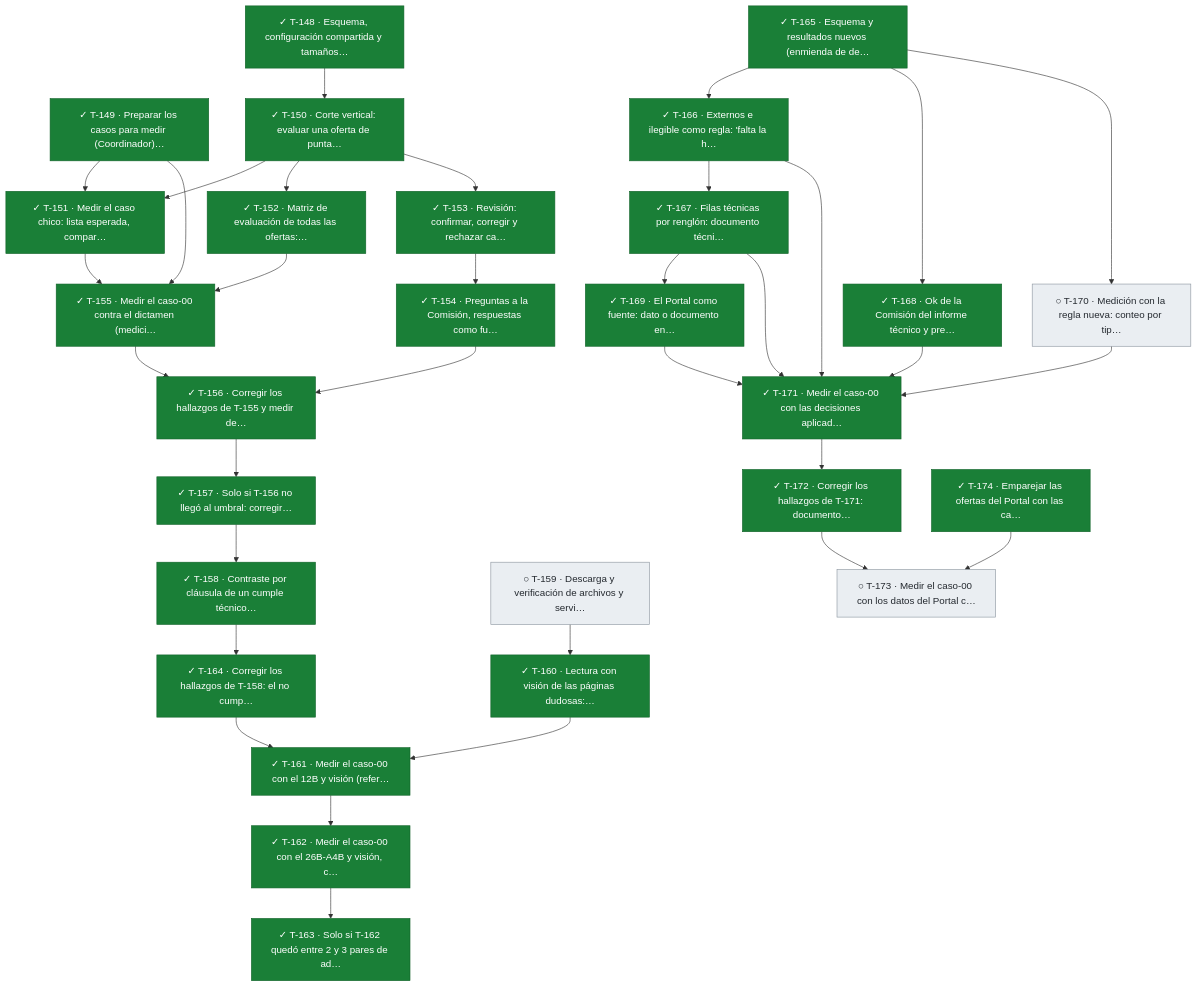
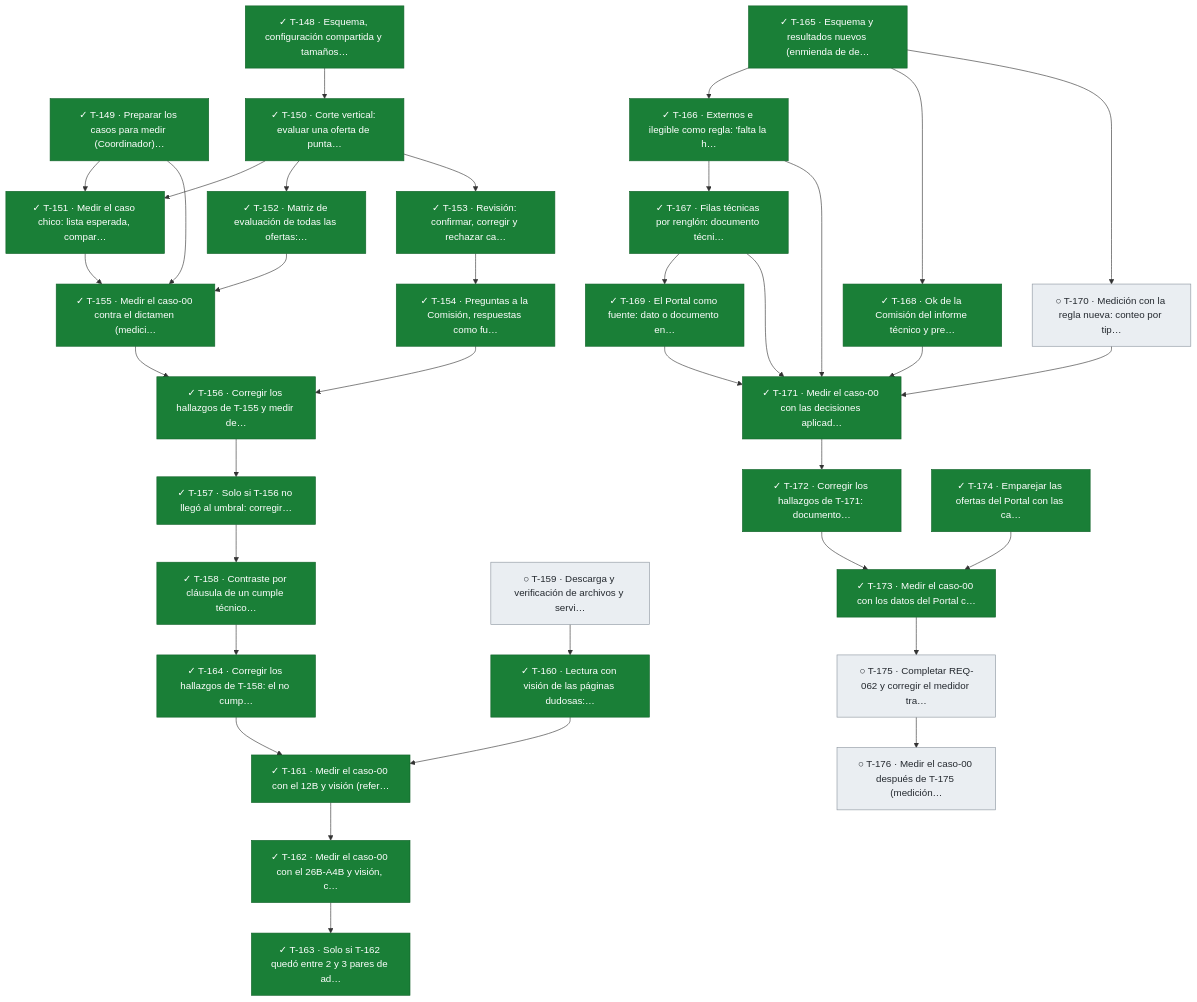
One commit to snavello/EVALUON changed the seventh of 11 diagrams in docs/tablero.md. Above: the diagram before and after it, drawn with Mermaid. The commit also changed other lines of this file and 1 other file, not shown here.

````diff
--- a/docs/tablero.md
+++ b/docs/tablero.md
@@ -702,67 +704,71 @@
 ```mermaid
 flowchart TD
   T148["✓ T-148 · Esquema, configuración compartida y tamaños…"]:::done
   T149["✓ T-149 · Preparar los casos para medir (Coordinador)…"]:::done
   T150["✓ T-150 · Corte vertical: evaluar una oferta de punta…"]:::done
   T151["✓ T-151 · Medir el caso chico: lista esperada, compar…"]:::done
   T152["✓ T-152 · Matriz de evaluación de todas las ofertas:…"]:::done
   T153["✓ T-153 · Revisión: confirmar, corregir y rechazar ca…"]:::done
   T154["✓ T-154 · Preguntas a la Comisión, respuestas como fu…"]:::done
   T155["✓ T-155 · Medir el caso-00 contra el dictamen (medici…"]:::done
   T156["✓ T-156 · Corregir los hallazgos de T-155 y medir de…"]:::done
   T157["✓ T-157 · Solo si T-156 no llegó al umbral: corregir…"]:::done
   T158["✓ T-158 · Contraste por cláusula de un cumple técnico…"]:::done
   T164["✓ T-164 · Corregir los hallazgos de T-158: el no cump…"]:::done
   T159["○ T-159 · Descarga y verificación de archivos y servi…"]:::todo
   T160["✓ T-160 · Lectura con visión de las páginas dudosas:…"]:::done
   T161["✓ T-161 · Medir el caso-00 con el 12B y visión (refer…"]:::done
   T162["✓ T-162 · Medir el caso-00 con el 26B-A4B y visión, c…"]:::done
   T163["✓ T-163 · Solo si T-162 quedó entre 2 y 3 pares de ad…"]:::done
   T165["✓ T-165 · Esquema y resultados nuevos (enmienda de de…"]:::done
   T166["✓ T-166 · Externos e ilegible como regla: 'falta la h…"]:::done
   T167["✓ T-167 · Filas técnicas por renglón: documento técni…"]:::done
   T168["✓ T-168 · Ok de la Comisión del informe técnico y pre…"]:::done
   T169["✓ T-169 · El Portal como fuente: dato o documento en…"]:::done
   T170["○ T-170 · Medición con la regla nueva: conteo por tip…"]:::todo
   T171["✓ T-171 · Medir el caso-00 con las decisiones aplicad…"]:::done
   T172["✓ T-172 · Corregir los hallazgos de T-171: documento…"]:::done
-  T173["○ T-173 · Medir el caso-00 con los datos del Portal c…"]:::todo
+  T173["✓ T-173 · Medir el caso-00 con los datos del Portal c…"]:::done
   T174["✓ T-174 · Emparejar las ofertas del Portal con las ca…"]:::done
+  T175["○ T-175 · Completar REQ-062 y corregir el medidor tra…"]:::todo
+  T176["○ T-176 · Medir el caso-00 después de T-175 (medición…"]:::todo
   T148 --> T150
   T149 --> T151
   T150 --> T151
   T150 --> T152
   T150 --> T153
   T153 --> T154
   T149 --> T155
   T151 --> T155
   T152 --> T155
   T154 --> T156
   T155 --> T156
   T156 --> T157
   T157 --> T158
   T158 --> T164
   T159 --> T160
   T160 --> T161
   T164 --> T161
   T161 --> T162
   T162 --> T163
   T165 --> T166
   T166 --> T167
   T165 --> T168
   T167 --> T169
   T165 --> T170
   T166 --> T171
   T167 --> T171
   T168 --> T171
   T169 --> T171
   T170 --> T171
   T171 --> T172
   T172 --> T173
   T174 --> T173
+  T173 --> T175
+  T175 --> T176
   classDef done fill:#1a7f37,stroke:#116329,color:#ffffff
   classDef review fill:#0969da,stroke:#0550ae,color:#ffffff
   classDef active fill:#bf8700,stroke:#7d4e00,color:#ffffff
   classDef blocked fill:#cf222e,stroke:#a40e26,color:#ffffff
   classDef todo fill:#eaeef2,stroke:#8c959f,color:#24292f
 ```
````
